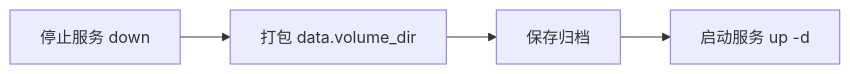
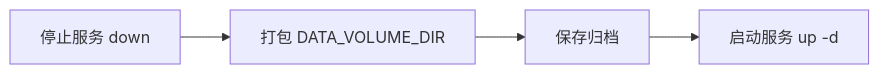
One commit to yvying-xixi/ops-monitor changed the diagram in docs/operations/backup.md. Above: the diagram before and after it, drawn with Mermaid. The commit also changed other lines of this file and 10 other files, not shown here.

````diff
--- a/docs/operations/backup.md
+++ b/docs/operations/backup.md
@@ -17,6 +17,6 @@
 ```mermaid
 flowchart LR
-    A[停止服务 down] --> B[打包 data.volume_dir]
+    A[停止服务 down] --> B[打包 DATA_VOLUME_DIR]
     B --> C[保存归档]
     C --> D[启动服务 up -d]
 ```
````
